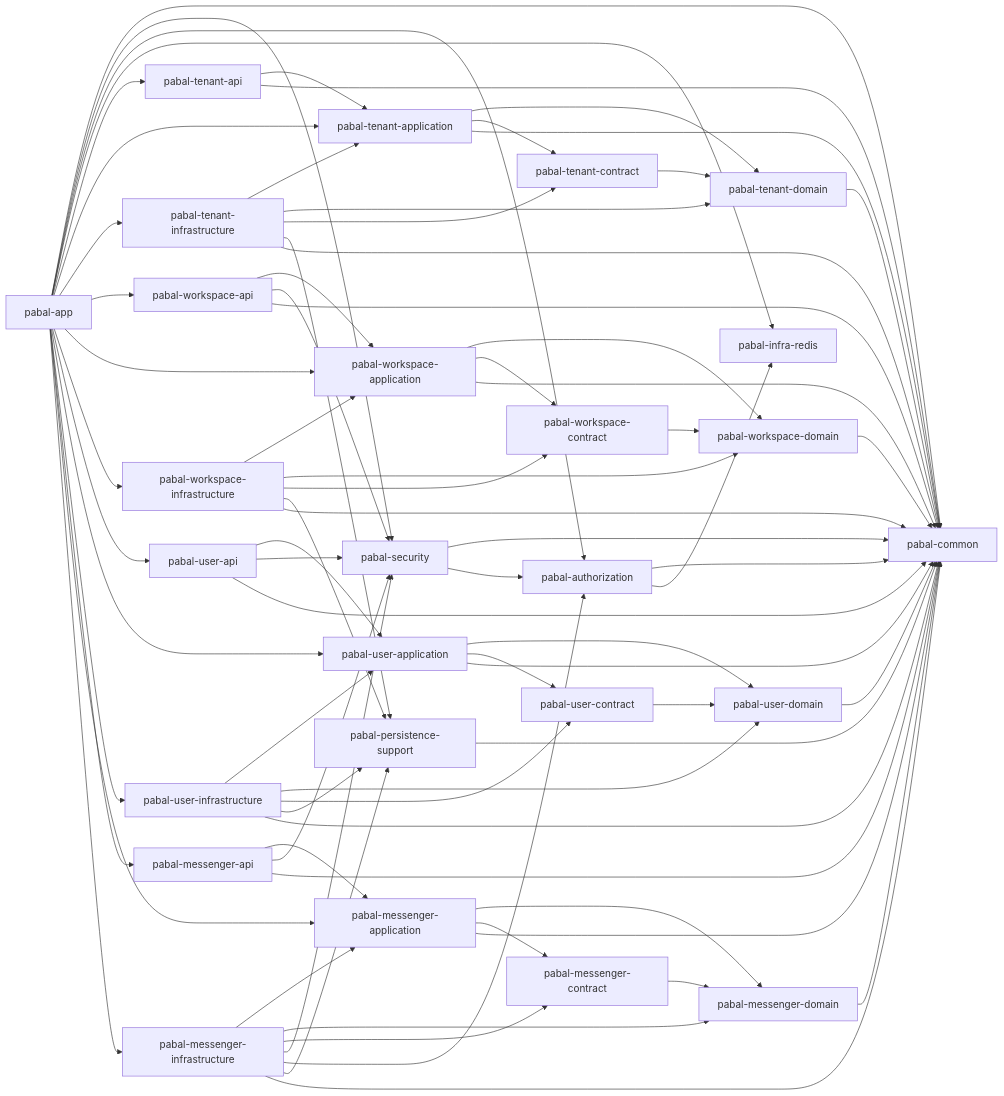
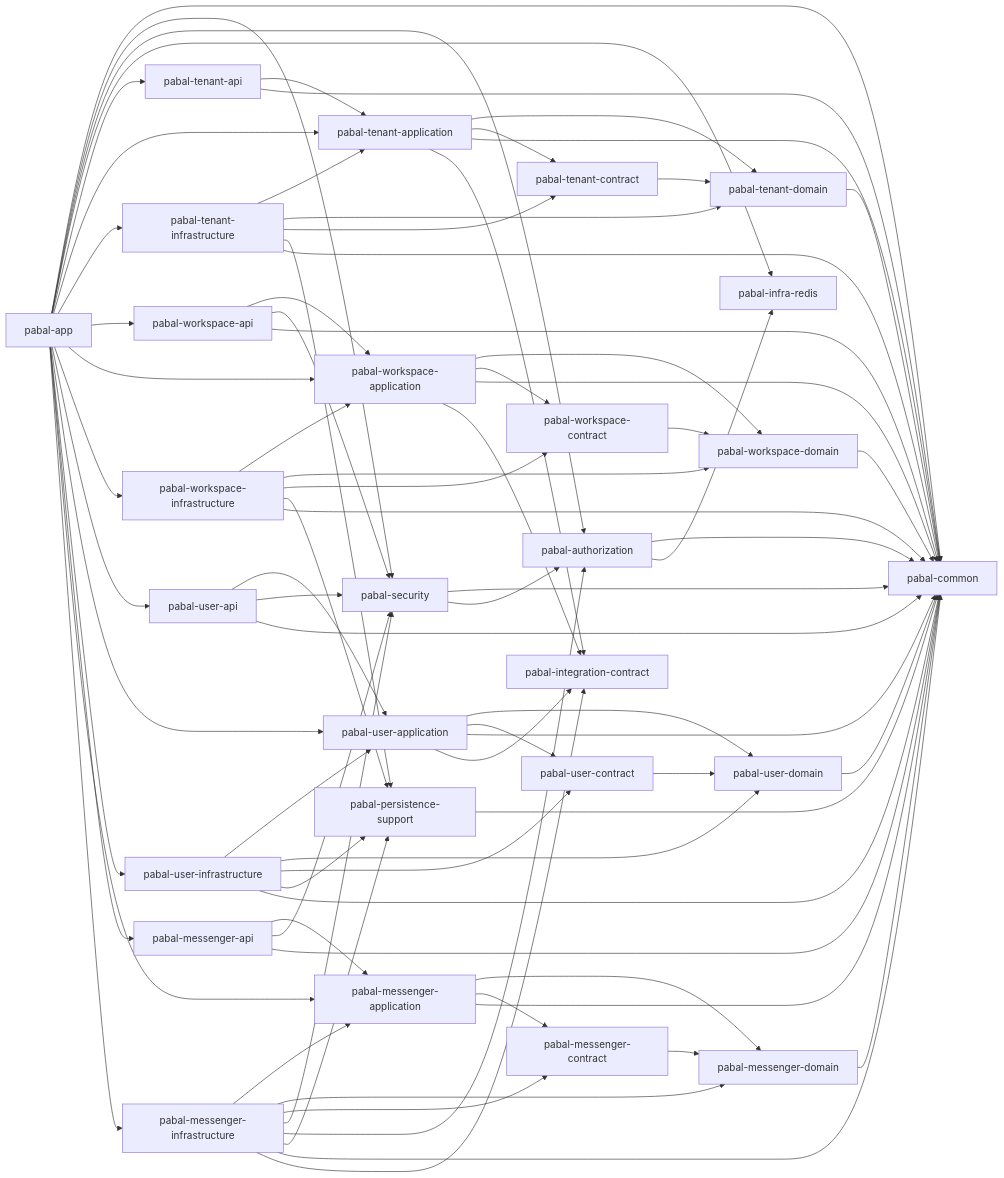
One commit to woojun-k/pabal changed the diagram in docs/architecture/package-structure-and-layers.md. Above: the diagram before and after it, drawn with Mermaid. The commit also changed other lines of this file and 23 other files, not shown here.

````diff
--- a/docs/architecture/package-structure-and-layers.md
+++ b/docs/architecture/package-structure-and-layers.md
@@ -114,11 +116,13 @@
     authorization --> common
     authorization --> redis
     persistence_support["pabal-persistence-support"] --> common
+    integration_contract["pabal-integration-contract"]
     tenant_domain["pabal-tenant-domain"] --> common
     tenant_contract["pabal-tenant-contract"] --> tenant_domain
     tenant_application --> tenant_domain
     tenant_application --> tenant_contract
     tenant_application --> common
+    tenant_application --> integration_contract
     tenant_api --> tenant_application
     tenant_api --> common
     tenant_infrastructure --> tenant_application
@@ -132,6 +136,7 @@
     workspace_application --> workspace_domain
     workspace_application --> workspace_contract
     workspace_application --> common
+    workspace_application --> integration_contract
     workspace_api --> workspace_application
     workspace_api --> security
     workspace_api --> common
@@ -146,6 +151,7 @@
     user_application --> user_domain
     user_application --> user_contract
     user_application --> common
+    user_application --> integration_contract
     user_api --> user_application
     user_api --> security
     user_api --> common
@@ -170,4 +176,5 @@
     messenger_infrastructure --> authorization
     messenger_infrastructure --> persistence_support
     messenger_infrastructure --> common
+    messenger_infrastructure --> integration_contract
 ```
````
